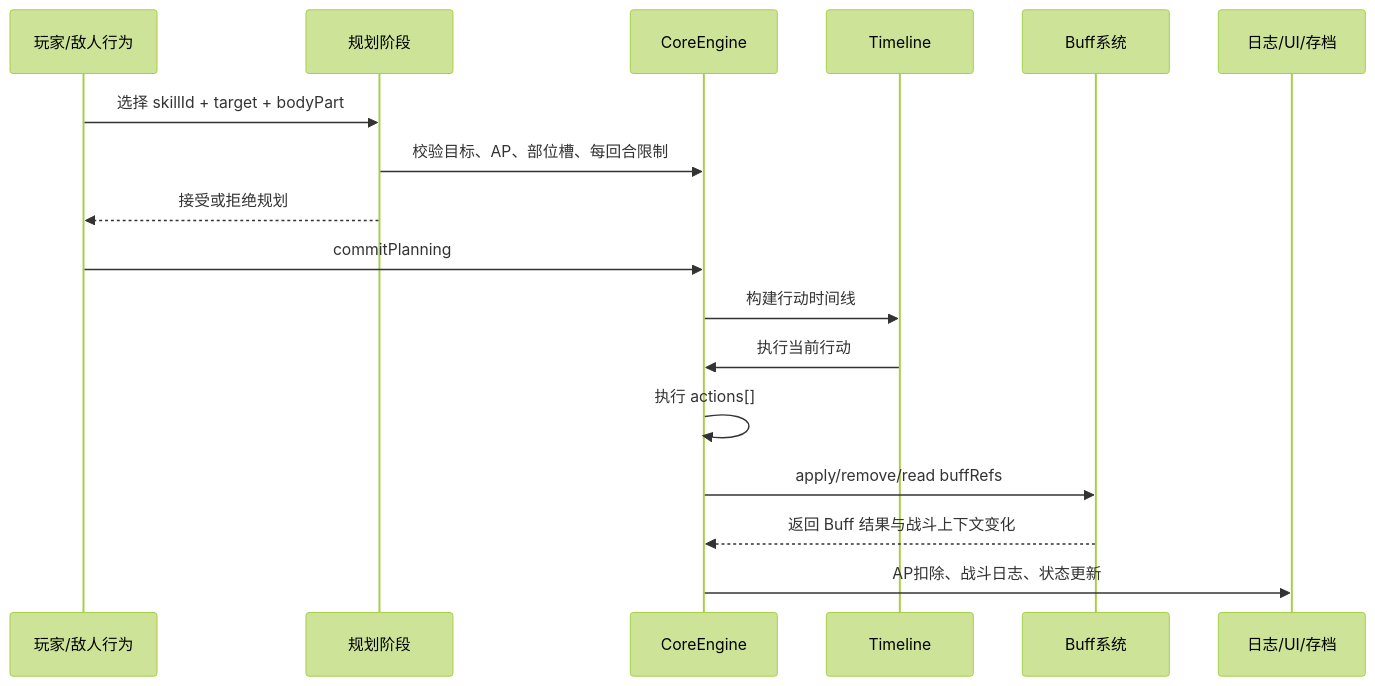
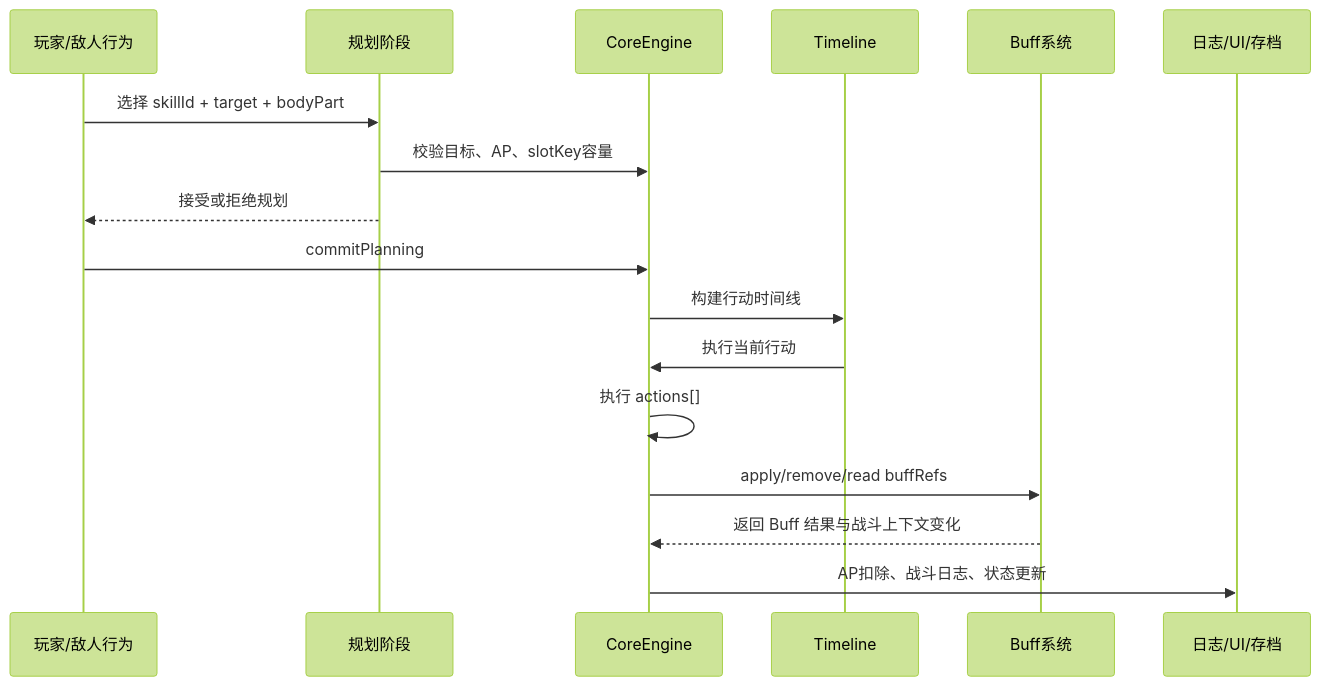
One commit to wgwtest/NodeConsoleApp2 changed the second of 4 diagrams in NodeConsoleApp2/DOC/CODEX_DOC/02_设计说明/S4_技能系统与编辑器/03-技能系统(skill_design)-设计说明.md. Above: the diagram before and after it, drawn with Mermaid (forest theme). The commit also changed other lines of this file and 27 other files, not shown here.

````diff
--- a/NodeConsoleApp2/DOC/CODEX_DOC/02_设计说明/S4_技能系统与编辑器/03-技能系统(skill_design)-设计说明.md
+++ b/NodeConsoleApp2/DOC/CODEX_DOC/02_设计说明/S4_技能系统与编辑器/03-技能系统(skill_design)-设计说明.md
@@ -605,20 +605,20 @@
 ```mermaid
 sequenceDiagram
     participant User as 玩家/敌人行为
     participant Planner as 规划阶段
     participant Engine as CoreEngine
     participant Timeline as Timeline
     participant Buff as Buff系统
     participant Log as 日志/UI/存档
 
     User->>Planner: 选择 skillId + target + bodyPart
-    Planner->>Engine: 校验目标、AP、部位槽、每回合限制
+    Planner->>Engine: 校验目标、AP、slotKey容量
     Planner-->>User: 接受或拒绝规划
     User->>Engine: commitPlanning
     Engine->>Timeline: 构建行动时间线
     Timeline->>Engine: 执行当前行动
     Engine->>Engine: 执行 actions[]
     Engine->>Buff: apply/remove/read buffRefs
     Buff-->>Engine: 返回 Buff 结果与战斗上下文变化
     Engine->>Log: AP扣除、战斗日志、状态更新
 ```
````
